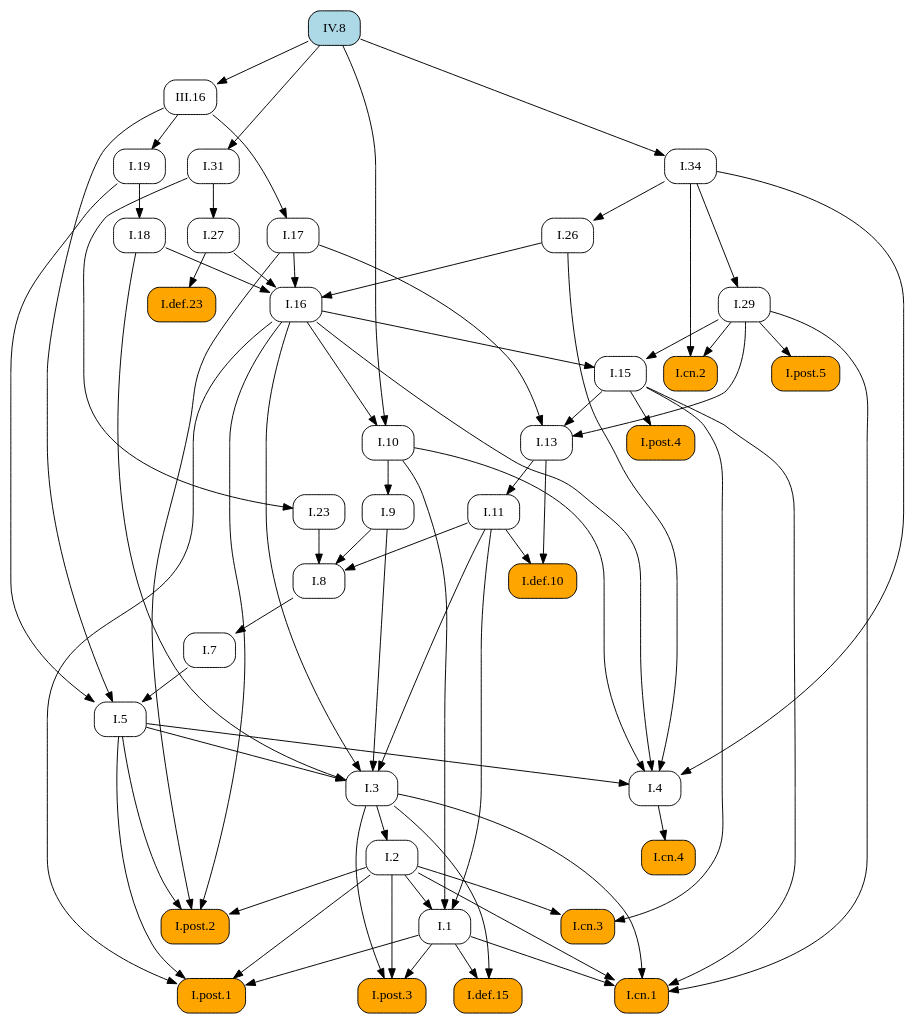
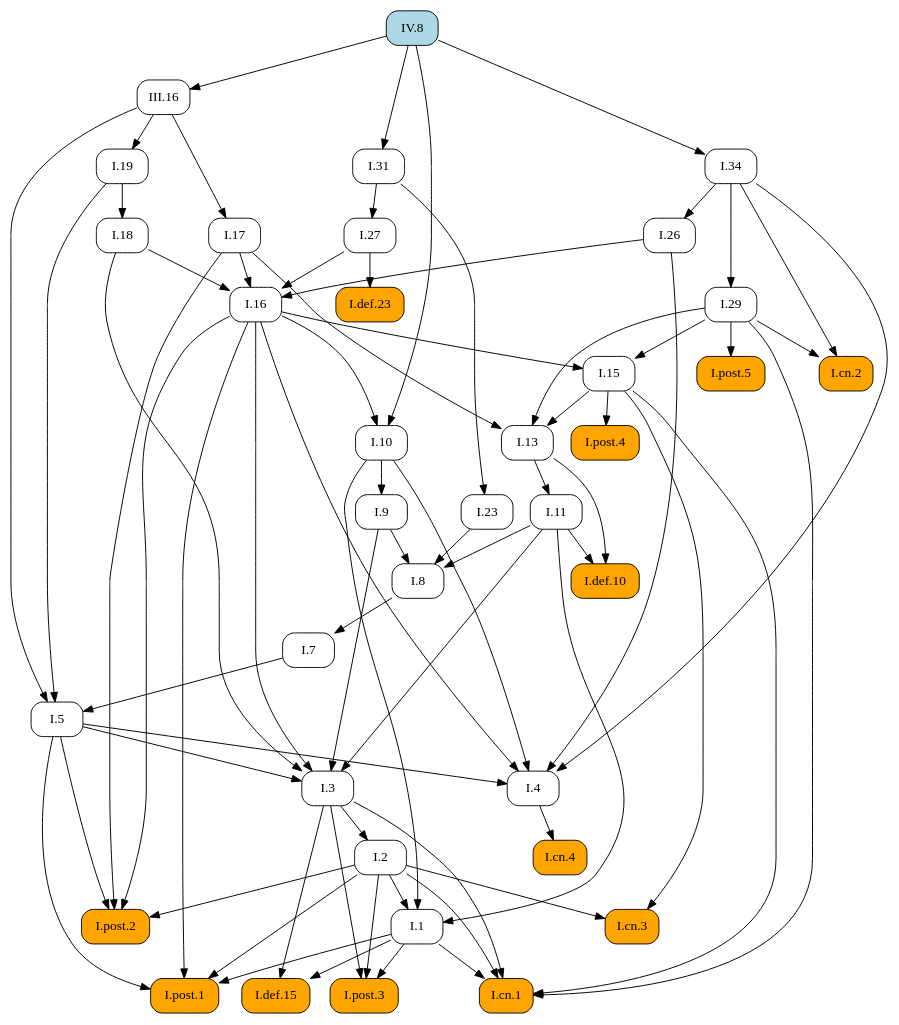
One commit to geometor/elements changed the diagram in docsrc/elements2/IV/8/index.rst. Above: the diagram before and after it, drawn with Graphviz. The commit also changed other lines of this file and 171 other files, not shown here.

```diff
--- a/docsrc/elements2/IV/8/index.rst
+++ b/docsrc/elements2/IV/8/index.rst
@@ -59,112 +59,112 @@
    digraph {
      rankdir="TB";
      node [shape=box, style=rounded];
+     "I.8" [URL="/elements2/I/8/", target="_top"];
+     "I.post.1" [style="rounded,filled", fillcolor=orange, URL="/elements2/I/post.1/", target="_top"];
+     "I.5" [URL="/elements2/I/5/", target="_top"];
+     "I.post.5" [style="rounded,filled", fillcolor=orange, URL="/elements2/I/post.5/", target="_top"];
      "I.def.10" [style="rounded,filled", fillcolor=orange, URL="/elements2/I/def.10/", target="_top"];
+     "I.cn.2" [style="rounded,filled", fillcolor=orange, URL="/elements2/I/cn.2/", target="_top"];
+     "I.def.15" [style="rounded,filled", fillcolor=orange, URL="/elements2/I/def.15/", target="_top"];
+     "I.31" [URL="/elements2/I/31/", target="_top"];
+     "I.11" [URL="/elements2/I/11/", target="_top"];
+     "I.3" [URL="/elements2/I/3/", target="_top"];
+     "I.def.23" [style="rounded,filled", fillcolor=orange, URL="/elements2/I/def.23/", target="_top"];
+     "I.post.2" [style="rounded,filled", fillcolor=orange, URL="/elements2/I/post.2/", target="_top"];
+     "I.26" [URL="/elements2/I/26/", target="_top"];
+     "I.19" [URL="/elements2/I/19/", target="_top"];
+     "I.1" [URL="/elements2/I/1/", target="_top"];
+     "I.cn.4" [style="rounded,filled", fillcolor=orange, URL="/elements2/I/cn.4/", target="_top"];
+     "I.cn.3" [style="rounded,filled", fillcolor=orange, URL="/elements2/I/cn.3/", target="_top"];
+     "I.7" [URL="/elements2/I/7/", target="_top"];
+     "I.17" [URL="/elements2/I/17/", target="_top"];
+     "I.9" [URL="/elements2/I/9/", target="_top"];
+     "I.cn.1" [style="rounded,filled", fillcolor=orange, URL="/elements2/I/cn.1/", target="_top"];
+     "I.29" [URL="/elements2/I/29/", target="_top"];
+     "I.16" [URL="/elements2/I/16/", target="_top"];
+     "I.18" [URL="/elements2/I/18/", target="_top"];
+     "I.13" [URL="/elements2/I/13/", target="_top"];
+     "I.post.4" [style="rounded,filled", fillcolor=orange, URL="/elements2/I/post.4/", target="_top"];
+     "I.2" [URL="/elements2/I/2/", target="_top"];
+     "I.27" [URL="/elements2/I/27/", target="_top"];
+     "I.4" [URL="/elements2/I/4/", target="_top"];
+     "I.10" [URL="/elements2/I/10/", target="_top"];
+     "III.16" [URL="/elements2/III/16/", target="_top"];
+     "I.15" [URL="/elements2/I/15/", target="_top"];
+     "I.34" [URL="/elements2/I/34/", target="_top"];
      "IV.8" [style="rounded,filled", fillcolor=lightblue, URL="/elements2/IV/8/", target="_top"];
-     "I.34" [URL="/elements2/I/34/", target="_top"];
-     "I.def.15" [style="rounded,filled", fillcolor=orange, URL="/elements2/I/def.15/", target="_top"];
-     "I.cn.4" [style="rounded,filled", fillcolor=orange, URL="/elements2/I/cn.4/", target="_top"];
+     "I.23" [URL="/elements2/I/23/", target="_top"];
      "I.post.3" [style="rounded,filled", fillcolor=orange, URL="/elements2/I/post.3/", target="_top"];
-     "I.27" [URL="/elements2/I/27/", target="_top"];
-     "I.post.2" [style="rounded,filled", fillcolor=orange, URL="/elements2/I/post.2/", target="_top"];
-     "I.13" [URL="/elements2/I/13/", target="_top"];
-     "I.10" [URL="/elements2/I/10/", target="_top"];
-     "I.post.1" [style="rounded,filled", fillcolor=orange, URL="/elements2/I/post.1/", target="_top"];
-     "I.7" [URL="/elements2/I/7/", target="_top"];
-     "I.11" [URL="/elements2/I/11/", target="_top"];
-     "I.4" [URL="/elements2/I/4/", target="_top"];
-     "I.16" [URL="/elements2/I/16/", target="_top"];
-     "I.def.23" [style="rounded,filled", fillcolor=orange, URL="/elements2/I/def.23/", target="_top"];
-     "III.16" [URL="/elements2/III/16/", target="_top"];
-     "I.9" [URL="/elements2/I/9/", target="_top"];
-     "I.18" [URL="/elements2/I/18/", target="_top"];
-     "I.8" [URL="/elements2/I/8/", target="_top"];
-     "I.cn.2" [style="rounded,filled", fillcolor=orange, URL="/elements2/I/cn.2/", target="_top"];
-     "I.23" [URL="/elements2/I/23/", target="_top"];
-     "I.26" [URL="/elements2/I/26/", target="_top"];
-     "I.15" [URL="/elements2/I/15/", target="_top"];
-     "I.post.5" [style="rounded,filled", fillcolor=orange, URL="/elements2/I/post.5/", target="_top"];
-     "I.2" [URL="/elements2/I/2/", target="_top"];
-     "I.1" [URL="/elements2/I/1/", target="_top"];
-     "I.31" [URL="/elements2/I/31/", target="_top"];
-     "I.post.4" [style="rounded,filled", fillcolor=orange, URL="/elements2/I/post.4/", target="_top"];
-     "I.cn.1" [style="rounded,filled", fillcolor=orange, URL="/elements2/I/cn.1/", target="_top"];
-     "I.3" [URL="/elements2/I/3/", target="_top"];
-     "I.cn.3" [style="rounded,filled", fillcolor=orange, URL="/elements2/I/cn.3/", target="_top"];
-     "I.17" [URL="/elements2/I/17/", target="_top"];
-     "I.29" [URL="/elements2/I/29/", target="_top"];
-     "I.19" [URL="/elements2/I/19/", target="_top"];
-     "I.5" [URL="/elements2/I/5/", target="_top"];
+     "I.9" -> "I.8";
+     "I.11" -> "I.8";
+     "I.23" -> "I.8";
+     "I.1" -> "I.post.1";
+     "I.2" -> "I.post.1";
+     "I.5" -> "I.post.1";
+     "I.16" -> "I.post.1";
+     "I.7" -> "I.5";
+     "I.19" -> "I.5";
+     "III.16" -> "I.5";
+     "I.29" -> "I.post.5";
      "I.11" -> "I.def.10";
      "I.13" -> "I.def.10";
-     "IV.8" -> "I.34";
+     "I.29" -> "I.cn.2";
+     "I.34" -> "I.cn.2";
      "I.1" -> "I.def.15";
      "I.3" -> "I.def.15";
-     "I.4" -> "I.cn.4";
-     "I.1" -> "I.post.3";
-     "I.2" -> "I.post.3";
-     "I.3" -> "I.post.3";
-     "I.31" -> "I.27";
+     "IV.8" -> "I.31";
+     "I.13" -> "I.11";
+     "I.5" -> "I.3";
+     "I.9" -> "I.3";
+     "I.11" -> "I.3";
+     "I.16" -> "I.3";
+     "I.18" -> "I.3";
+     "I.27" -> "I.def.23";
      "I.2" -> "I.post.2";
      "I.5" -> "I.post.2";
      "I.16" -> "I.post.2";
      "I.17" -> "I.post.2";
+     "I.34" -> "I.26";
+     "III.16" -> "I.19";
+     "I.2" -> "I.1";
+     "I.10" -> "I.1";
+     "I.11" -> "I.1";
+     "I.4" -> "I.cn.4";
+     "I.2" -> "I.cn.3";
+     "I.15" -> "I.cn.3";
+     "I.8" -> "I.7";
+     "III.16" -> "I.17";
+     "I.10" -> "I.9";
+     "I.1" -> "I.cn.1";
+     "I.2" -> "I.cn.1";
+     "I.3" -> "I.cn.1";
+     "I.15" -> "I.cn.1";
+     "I.29" -> "I.cn.1";
+     "I.34" -> "I.29";
+     "I.17" -> "I.16";
+     "I.18" -> "I.16";
+     "I.26" -> "I.16";
+     "I.27" -> "I.16";
+     "I.19" -> "I.18";
      "I.15" -> "I.13";
      "I.17" -> "I.13";
      "I.29" -> "I.13";
-     "I.16" -> "I.10";
-     "IV.8" -> "I.10";
-     "I.1" -> "I.post.1";
-     "I.2" -> "I.post.1";
-     "I.5" -> "I.post.1";
-     "I.16" -> "I.post.1";
-     "I.8" -> "I.7";
-     "I.13" -> "I.11";
+     "I.15" -> "I.post.4";
+     "I.3" -> "I.2";
+     "I.31" -> "I.27";
      "I.5" -> "I.4";
      "I.10" -> "I.4";
      "I.16" -> "I.4";
      "I.26" -> "I.4";
      "I.34" -> "I.4";
-     "I.17" -> "I.16";
-     "I.18" -> "I.16";
-     "I.26" -> "I.16";
-     "I.27" -> "I.16";
-     "I.27" -> "I.def.23";
+     "I.16" -> "I.10";
+     "IV.8" -> "I.10";
      "IV.8" -> "III.16";
-     "I.10" -> "I.9";
-     "I.19" -> "I.18";
-     "I.9" -> "I.8";
-     "I.11" -> "I.8";
-     "I.23" -> "I.8";
-     "I.29" -> "I.cn.2";
-     "I.34" -> "I.cn.2";
-     "I.31" -> "I.23";
-     "I.34" -> "I.26";
      "I.16" -> "I.15";
      "I.29" -> "I.15";
-     "I.29" -> "I.post.5";
-     "I.3" -> "I.2";
-     "I.2" -> "I.1";
-     "I.10" -> "I.1";
-     "I.11" -> "I.1";
-     "IV.8" -> "I.31";
-     "I.15" -> "I.post.4";
-     "I.1" -> "I.cn.1";
-     "I.2" -> "I.cn.1";
-     "I.3" -> "I.cn.1";
-     "I.15" -> "I.cn.1";
-     "I.29" -> "I.cn.1";
-     "I.5" -> "I.3";
-     "I.9" -> "I.3";
-     "I.11" -> "I.3";
-     "I.16" -> "I.3";
-     "I.18" -> "I.3";
-     "I.2" -> "I.cn.3";
-     "I.15" -> "I.cn.3";
-     "III.16" -> "I.17";
-     "I.34" -> "I.29";
-     "III.16" -> "I.19";
-     "I.7" -> "I.5";
-     "I.19" -> "I.5";
-     "III.16" -> "I.5";
+     "IV.8" -> "I.34";
+     "I.31" -> "I.23";
+     "I.1" -> "I.post.3";
+     "I.2" -> "I.post.3";
+     "I.3" -> "I.post.3";
    }
```
